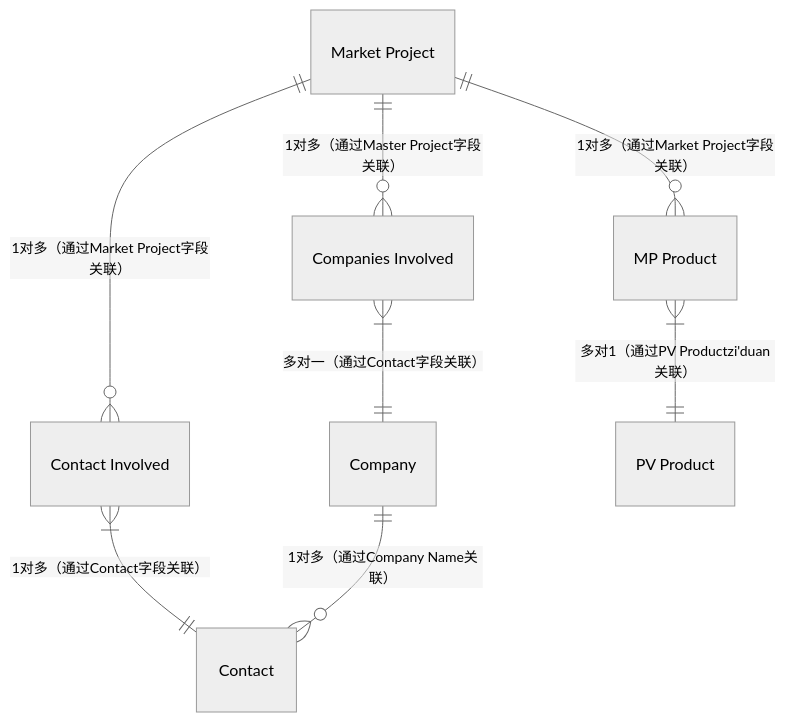
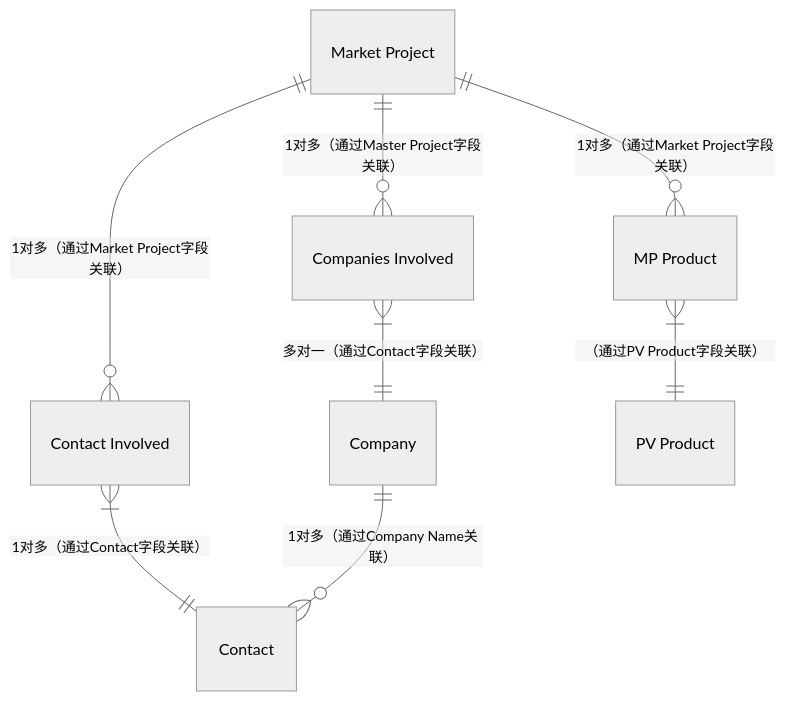
The diagram in all/Norden数据E-R图(7个对象，+contact).md (zhangziru-33/iodraw-files), drawn with Mermaid (neutral theme) before and after one commit.

Commit message:
2025-12-04 14:50:06 update

````diff
--- a/all/Norden数据E-R图(7个对象，+contact).md
+++ b/all/Norden数据E-R图(7个对象，+contact).md
@@ -1,20 +1,20 @@
 ```mermaid
 erDiagram
     
     %% Company ||--o{ "PV Product" : "1对多（通过Company字段关联）"
     
     
     "Market Project" ||--o{ "Contact Involved" : "1对多（通过Market Project字段关联）"
     "Contact Involved" }|--|| "Contact" : "1对多（通过Contact字段关联）"
     %% Contact ||--o{ "Conatct Involved" : "1对多（通过Conatct字段关联）"
     Company ||--o{ "Contact" : "1对多（通过Company Name关联）"
     %% Company ||--o{ "Companies Involved" : "1对多（通过Company Name关联）"
     "Companies Involved" }|--|| "Company" : "多对一（通过Contact字段关联）"
     "Market Project" ||--o{ "Companies Involved" : "1对多（通过Master Project字段关联）"
     
 
     "Market Project" ||--o{ "MP Product" : "1对多（通过Market Project字段关联）"
-    "MP Product" }|--|| "PV Product" : "多对1（通过PV Productzi'duan关联）"
+    "MP Product" }|--|| "PV Product" : "（通过PV Product字段关联）"
    
     
 ```
````
